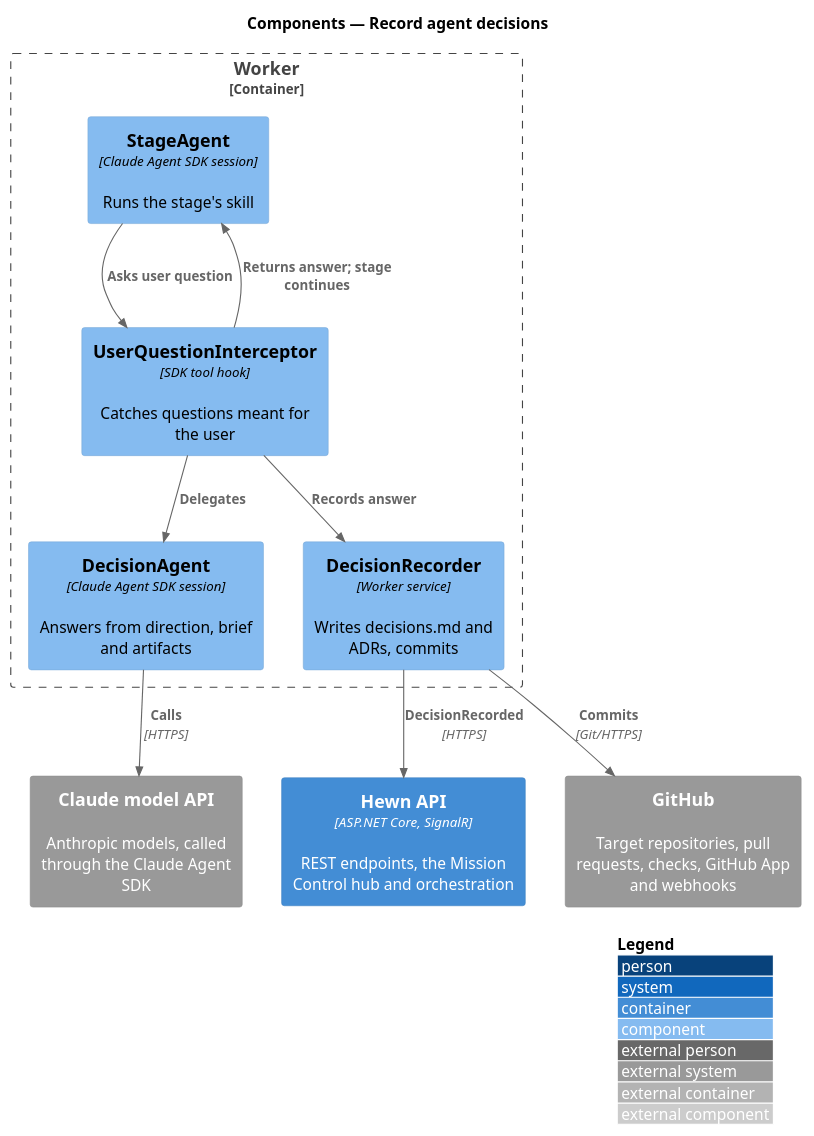
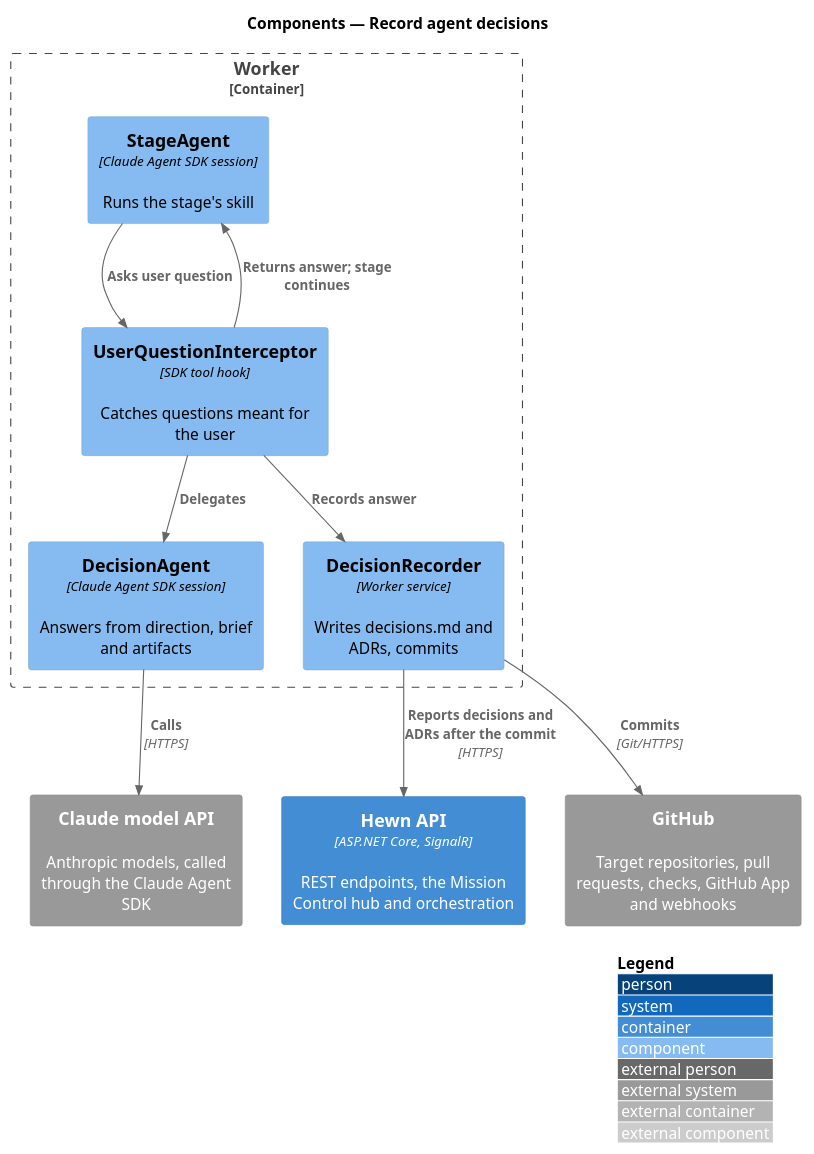
The diagram in docs/detailed-designs/pipeline/record-decisions/diagrams/c4-component.puml (QuinntyneBrown/hewn), drawn with PlantUML before and after one commit. The commit also changed 66 other files, not shown here.

```diff
--- a/docs/detailed-designs/pipeline/record-decisions/diagrams/c4-component.puml
+++ b/docs/detailed-designs/pipeline/record-decisions/diagrams/c4-component.puml
@@ -1,23 +1,23 @@
 @startuml
 !include <C4/C4_Component>
 LAYOUT_WITH_LEGEND()
 title Components — Record agent decisions
 
 Container(api, "Hewn API", "ASP.NET Core, SignalR", "REST endpoints, the Mission Control hub and orchestration")
 Container_Boundary(worker_b, "Worker") {
   Component(agent, "StageAgent", "Claude Agent SDK session", "Runs the stage's skill")
   Component(icpt, "UserQuestionInterceptor", "SDK tool hook", "Catches questions meant for the user")
   Component(decide, "DecisionAgent", "Claude Agent SDK session", "Answers from direction, brief and artifacts")
   Component(rec, "DecisionRecorder", "Worker service", "Writes decisions.md and ADRs, commits")
 }
 System_Ext(claude, "Claude model API", "Anthropic models, called through the Claude Agent SDK")
 System_Ext(github, "GitHub", "Target repositories, pull requests, checks, GitHub App and webhooks")
 
 Rel(agent, icpt, "Asks user question")
 Rel(icpt, decide, "Delegates")
 Rel(decide, claude, "Calls", "HTTPS")
 Rel(icpt, rec, "Records answer")
 Rel(rec, github, "Commits", "Git/HTTPS")
-Rel(rec, api, "DecisionRecorded", "HTTPS")
+Rel(rec, api, "Reports decisions and ADRs after the commit", "HTTPS")
 Rel(icpt, agent, "Returns answer; stage continues")
 @enduml
```
